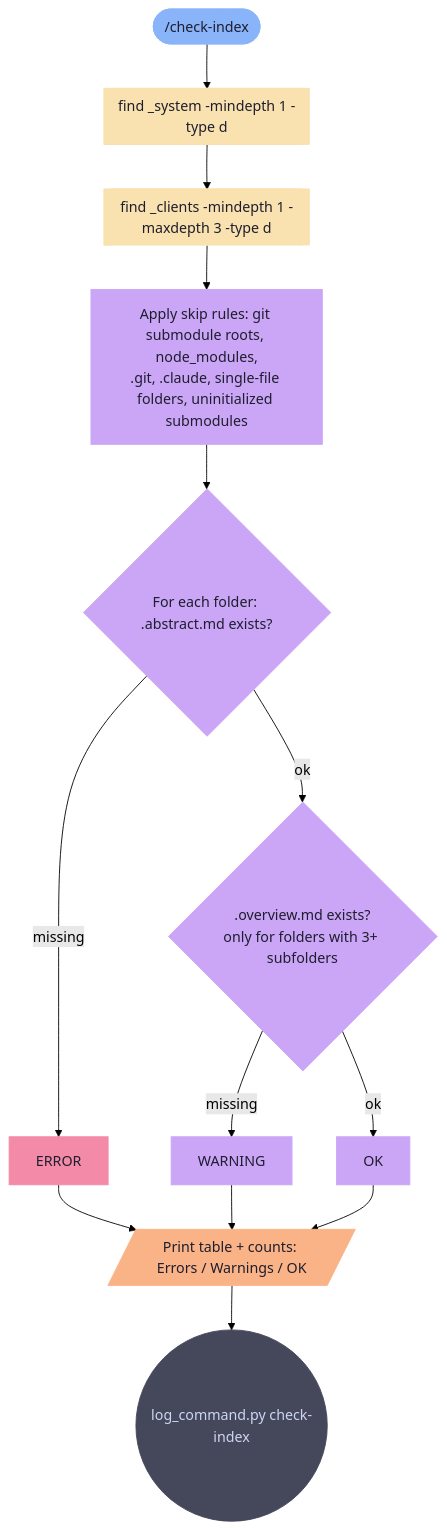
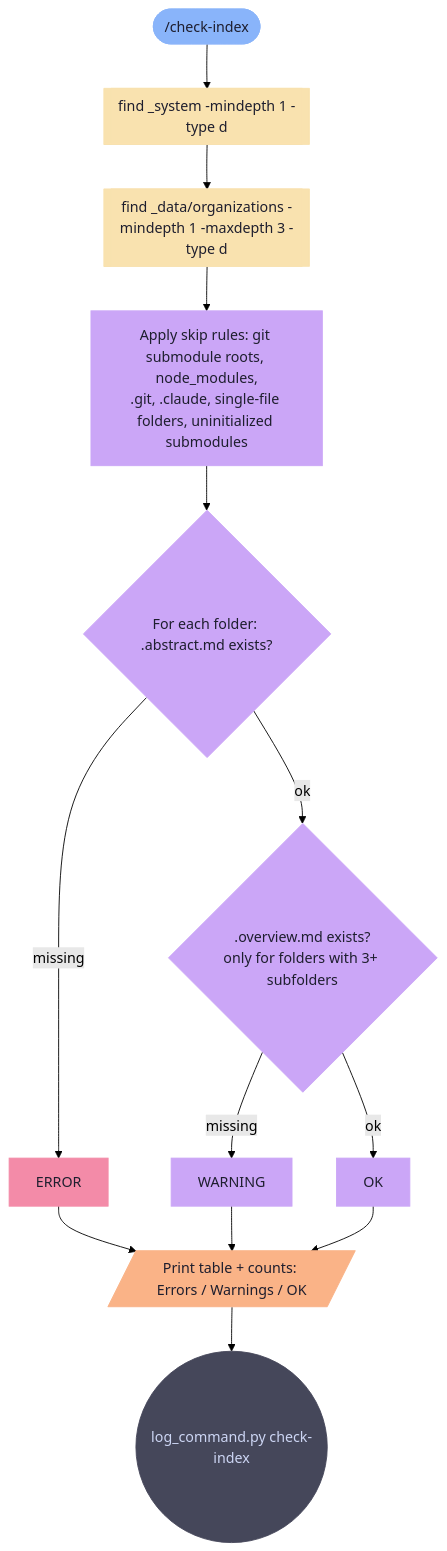
One commit to GuidoAmici/awi-core changed the diagram in _system/agentic-workflow-integrator/workflow-graphs/skills/check-index.md. Above: the diagram before and after it, drawn with Mermaid (forest theme). The commit also changed 16 other files, not shown here.

````diff
--- a/_system/agentic-workflow-integrator/workflow-graphs/skills/check-index.md
+++ b/_system/agentic-workflow-integrator/workflow-graphs/skills/check-index.md
@@ -18,32 +18,32 @@
 ```mermaid
 graph TD
     A(["/check-index"]) --> B[["find _system -mindepth 1 -type d"]]
-    B --> C[["find _clients -mindepth 1 -maxdepth 3 -type d"]]
+    B --> C[["find _data/organizations -mindepth 1 -maxdepth 3 -type d"]]
     C --> D[Apply skip rules: git submodule roots, node_modules,<br/>.git, .claude, single-file folders, uninitialized submodules]
     D --> E{For each folder: .abstract.md exists?}
     E -->|missing| F[ERROR]
     E -->|ok| G{.overview.md exists?<br/>only for folders with 3+ subfolders}
     G -->|missing| H[WARNING]
     G -->|ok| I[OK]
     F --> J[/Print table + counts: Errors / Warnings / OK/]
     H --> J
     I --> J
     J --> K((log_command.py check-index))
 
     classDef entry  fill:#89b4fa,color:#1e1e2e,stroke:#89b4fa
     classDef ai     fill:#cba6f7,color:#1e1e2e,stroke:#cba6f7
     classDef read   fill:#94e2d5,color:#1e1e2e,stroke:#94e2d5
     classDef write  fill:#a6e3a1,color:#1e1e2e,stroke:#a6e3a1
     classDef shell  fill:#f9e2af,color:#1e1e2e,stroke:#f9e2af
     classDef user   fill:#fab387,color:#1e1e2e,stroke:#fab387
     classDef stop   fill:#f38ba8,color:#1e1e2e,stroke:#f38ba8
     classDef log    fill:#45475a,color:#cdd6f4,stroke:#45475a
 
     class A entry
     class B,C shell
     class D,E,G ai
     class F stop
     class H,I ai
     class J user
     class K log
 ```
````
